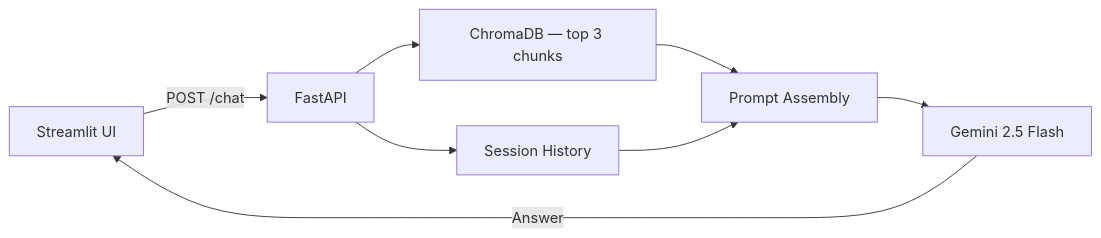
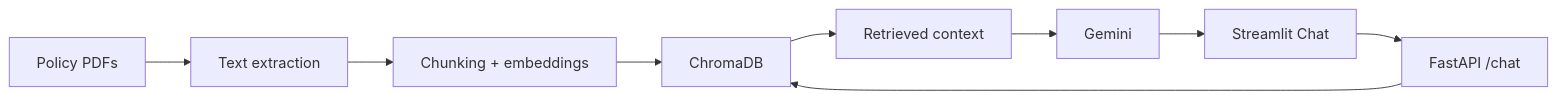
Before and after one commit to HardityaGhuman/aria: the diagram in README.md, drawn with Mermaid. The commit also changed other lines of this file and 13 other files, not shown here.

Commit message:
Initial commit on this branch: Refactored code to be model agnostic, Re-did system prompt to be more specific and follow a framework, removed unnecessary streamlit requests

````diff
--- a/README.md
+++ b/README.md
@@ -64,10 +31,11 @@
 ```mermaid
 flowchart LR
-    A[Streamlit UI] -->|POST /chat| B[FastAPI]
-    B --> C[ChromaDB — top 3 chunks]
-    B --> D[Session History]
-    C --> E[Prompt Assembly]
-    D --> E
-    E --> F[Gemini 2.5 Flash]
-    F -->|Answer| A
+    A[Policy PDFs] --> B[Text extraction]
+    B --> C[Chunking + embeddings]
+    C --> D[ChromaDB]
+    E[Streamlit Chat] --> F[FastAPI /chat]
+    F --> D
+    D --> G[Retrieved context]
+    G --> H[Gemini]
+    H --> E
 ```
````
